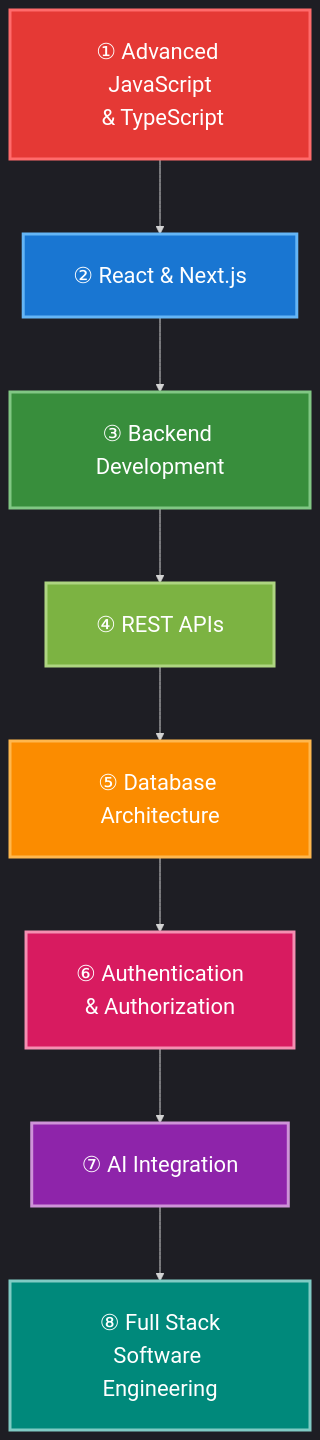
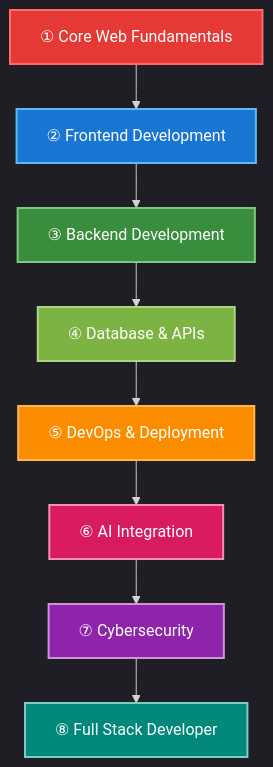
One commit to surjocode/surjocode changed the diagram in README.md. Above: the diagram before and after it, drawn with Mermaid. The commit also changed other lines of this file, not shown here.

Commit message:
Revise learning path and improve diagram styles
Updated learning path diagram and adjusted styles.

````diff
--- a/README.md
+++ b/README.md
@@ -129,20 +130,21 @@
-```mermaid
-%%{init: {'theme':'dark','themeVariables': {'fontSize':'22px'}, 'flowchart': {'nodeSpacing': 55, 'rankSpacing': 75, 'padding': 25, 'htmlLabels': true}}}%%
+```mermaid id="p7m3kx"
+%%{init: {'theme':'dark','flowchart': {'nodeSpacing': 25, 'rankSpacing': 45, 'htmlLabels': true}}}%%
 flowchart TB
-    A["① Advanced JavaScript<br/> & TypeScript"] --> B["② React & Next.js"]
+    A["① Core Web Fundamentals"] --> B["② Frontend Development"]
     B --> C["③ Backend Development"]
-    C --> D["④ REST APIs"]
-    D --> E["⑤ Database Architecture"]
-    E --> F["⑥ Authentication<br/> & Authorization"]
-    F --> G["⑦ AI Integration"]
-    G --> H["⑧ Full Stack<br/>Software Engineering"]
+    C --> D["④ Database & APIs"]
 
-    style A fill:#e53935,stroke:#ff6b6b,color:#ffffff,stroke-width:3px
-    style B fill:#1976d2,stroke:#64b5f6,color:#ffffff,stroke-width:3px
-    style C fill:#388e3c,stroke:#81c784,color:#ffffff,stroke-width:3px
-    style D fill:#7cb342,stroke:#aed581,color:#ffffff,stroke-width:3px
-    style E fill:#fb8c00,stroke:#ffb74d,color:#ffffff,stroke-width:3px
-    style F fill:#d81b60,stroke:#f48fb1,color:#ffffff,stroke-width:3px
-    style G fill:#8e24aa,stroke:#ce93d8,color:#ffffff,stroke-width:3px
-    style H fill:#00897b,stroke:#80cbc4,color:#ffffff,stroke-width:3px
+    D --> E["⑤ DevOps & Deployment"]
+    E --> F["⑥ AI Integration"]
+    F --> G["⑦ Cybersecurity"]
+    G --> H["⑧ Full Stack Developer"]
+
+    style A fill:#e53935,stroke:#ff6b6b,color:#ffffff,stroke-width:2px
+    style B fill:#1976d2,stroke:#64b5f6,color:#ffffff,stroke-width:2px
+    style C fill:#388e3c,stroke:#81c784,color:#ffffff,stroke-width:2px
+    style D fill:#7cb342,stroke:#aed581,color:#ffffff,stroke-width:2px
+    style E fill:#fb8c00,stroke:#ffb74d,color:#ffffff,stroke-width:2px
+    style F fill:#d81b60,stroke:#f48fb1,color:#ffffff,stroke-width:2px
+    style G fill:#8e24aa,stroke:#ce93d8,color:#ffffff,stroke-width:2px
+    style H fill:#00897b,stroke:#80cbc4,color:#ffffff,stroke-width:2px
 ```
````
